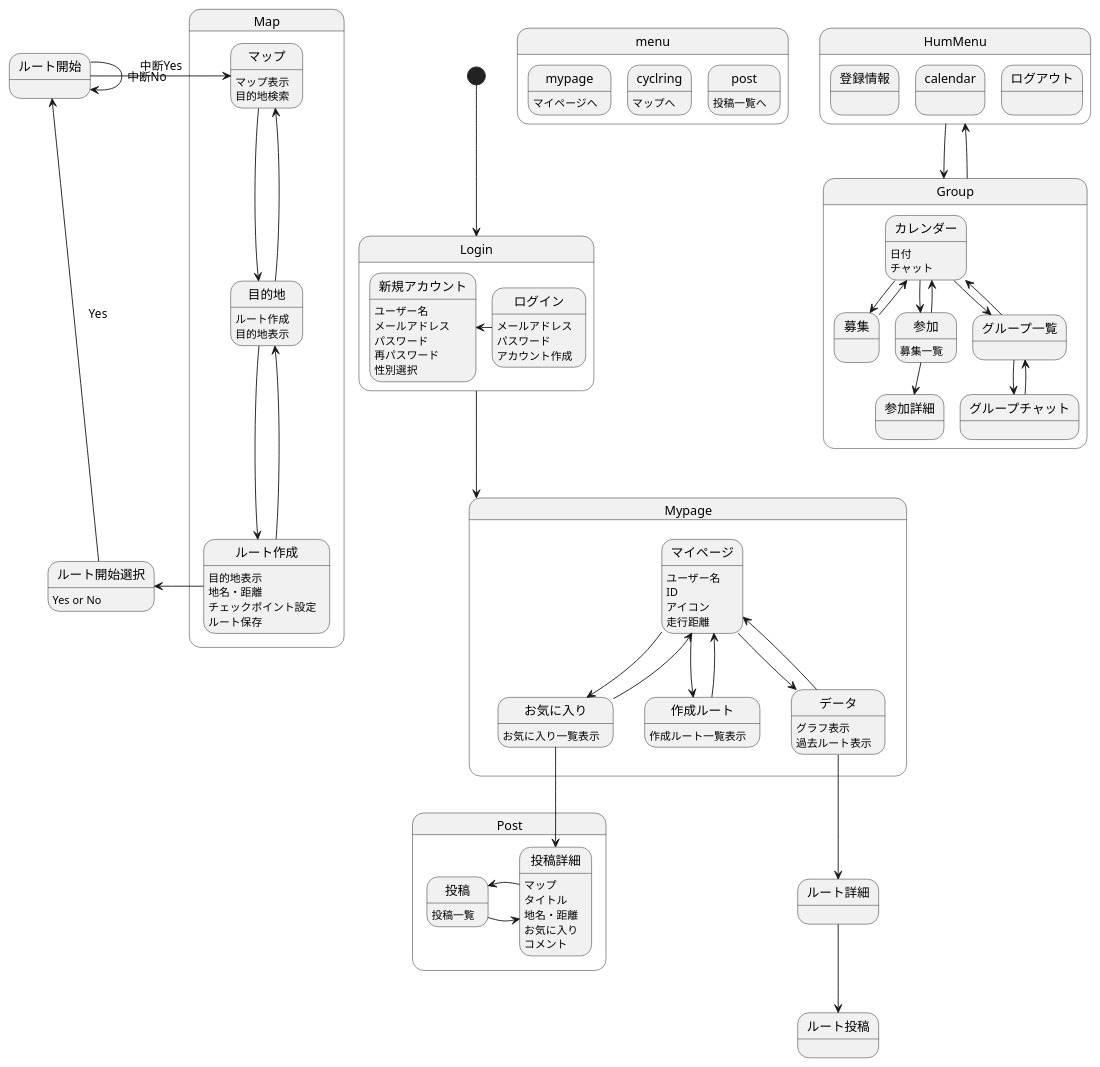
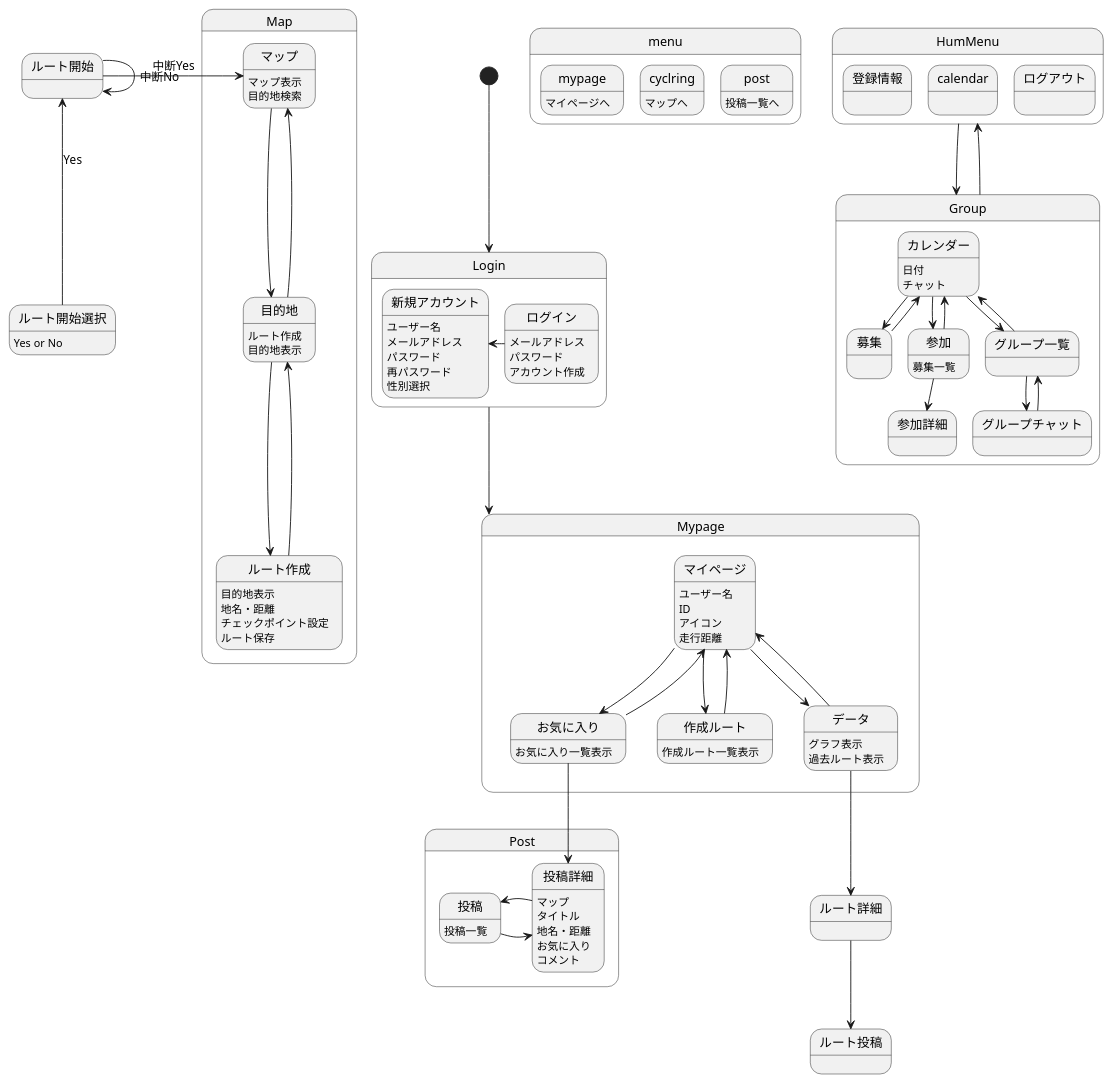
Before and after one commit to AsoSD3A3/CyclingSystem: the diagram in 画面遷移図/gm.md, drawn with PlantUML.

```diff
--- a/画面遷移図/gm.md
+++ b/画面遷移図/gm.md
@@ -82,7 +82,7 @@
 ルート作成:チェックポイント設定
 ルート作成:ルート保存
 }
-ルート作成-right->ルート開始選択
+
 ルート開始選択:Yes or No
 ルート開始選択-up->ルート開始 :Yes
 ルート開始-->ルート開始 :中断No
```
